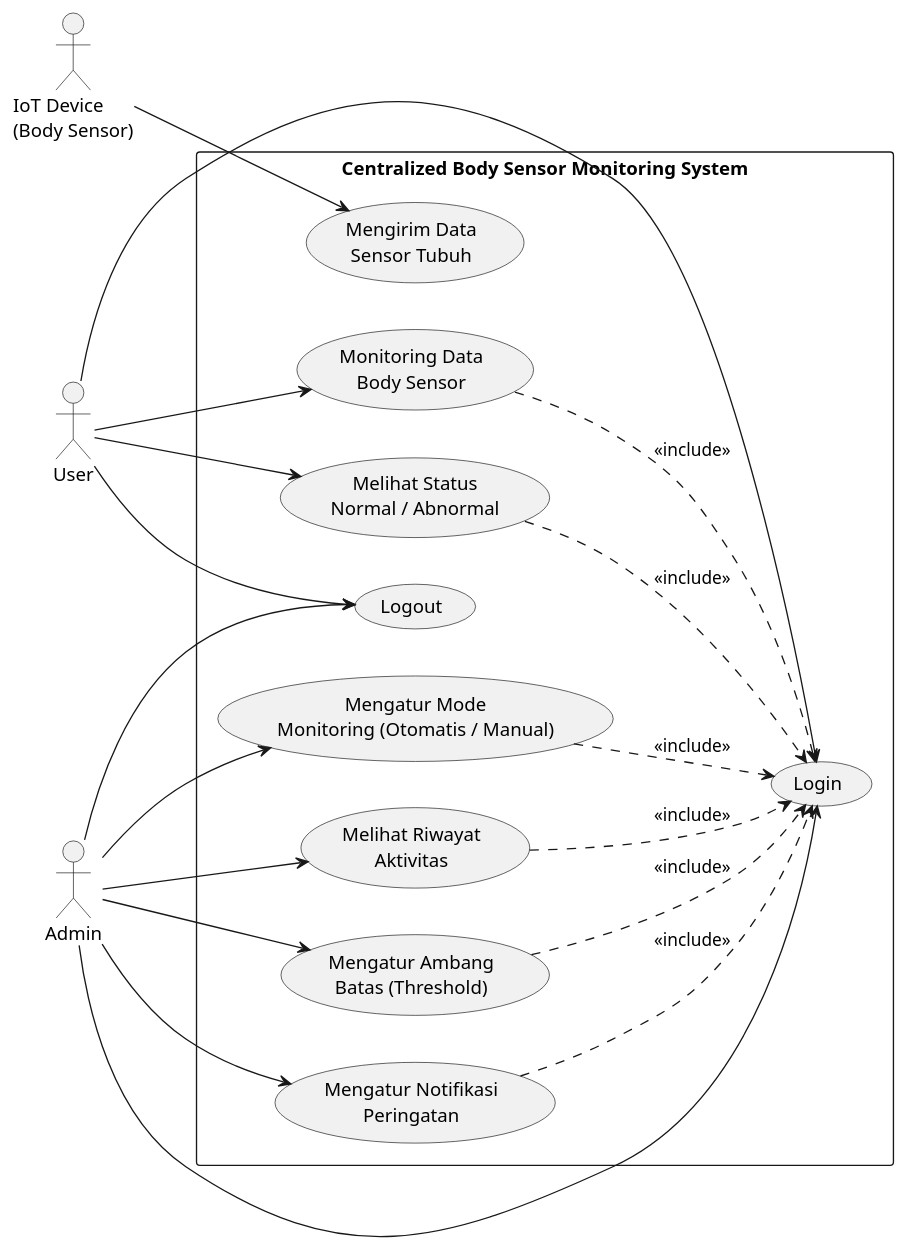
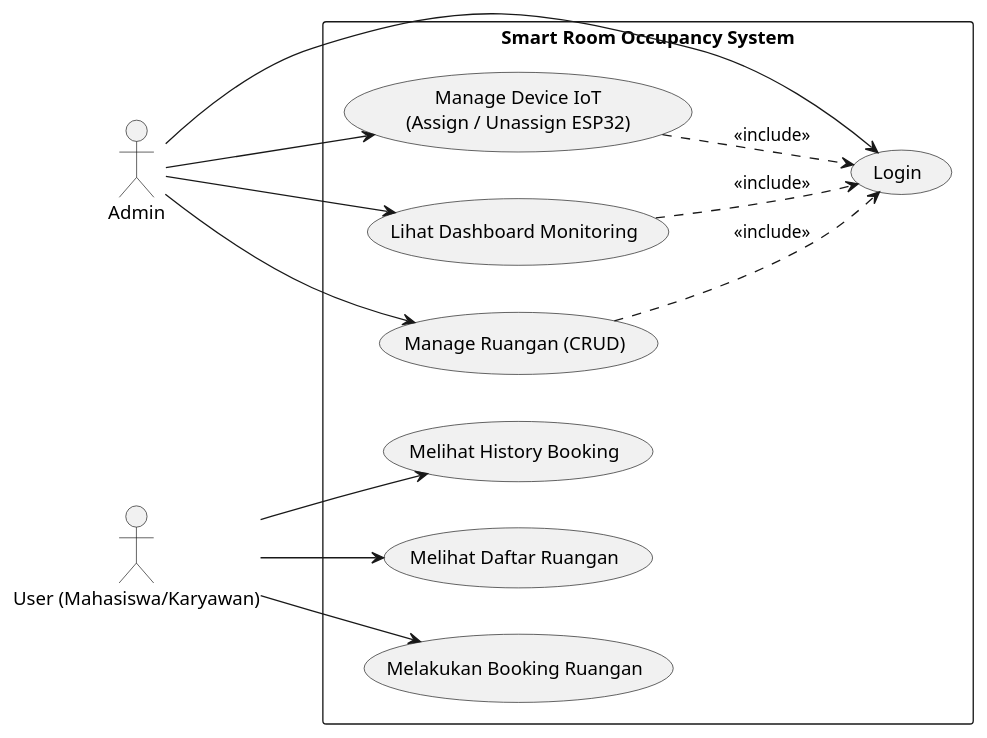
The diagram in diagram/UseCase_Diagram.puml (E-PPAW-TI503P-2025/PROJECT_KEL1_BODYSENSOR), drawn with PlantUML before and after one commit.

Commit message:
update usecase

```diff
--- a/diagram/UseCase_Diagram.puml
+++ b/diagram/UseCase_Diagram.puml
@@ -1,51 +1,35 @@
 @startuml
 left to right direction
-skinparam packageStyle rectangle
-skinparam shadowing false
 
 actor Admin
-actor User
-actor "IoT Device\n(Body Sensor)" as Device
+actor "User (Mahasiswa/Karyawan)" as User
 
-rectangle "Centralized Body Sensor Monitoring System" {
+rectangle "Smart Room Occupancy System" {
 
   usecase "Login" as UC_Login
-  usecase "Logout" as UC_Logout
 
-  usecase "Melihat Riwayat\nAktivitas" as UC_History
-  usecase "Monitoring Data\nBody Sensor" as UC_Monitor
-  usecase "Melihat Status\nNormal / Abnormal" as UC_Status
+  usecase "Manage Ruangan (CRUD)" as UC_ManageRoom
+  usecase "Manage Device IoT\n(Assign / Unassign ESP32)" as UC_ManageDevice
+  usecase "Lihat Dashboard Monitoring" as UC_Dashboard
 
-  usecase "Mengatur Mode\nMonitoring (Otomatis / Manual)" as UC_Mode
-  usecase "Mengatur Ambang\nBatas (Threshold)" as UC_Threshold
-  usecase "Mengatur Notifikasi\nPeringatan" as UC_Notify
-
-  usecase "Mengirim Data\nSensor Tubuh" as UC_Send
+  usecase "Melihat Daftar Ruangan" as UC_ViewRoom
+  usecase "Melakukan Booking Ruangan" as UC_Booking
+  usecase "Melihat History Booking" as UC_History
 }
 
-'==== Relasi Admin ====
-Admin --> UC_History
-Admin --> UC_Mode
-Admin --> UC_Threshold
-Admin --> UC_Notify
-Admin --> UC_Logout
+' Admin relations
 Admin --> UC_Login
+Admin --> UC_ManageRoom
+Admin --> UC_ManageDevice
+Admin --> UC_Dashboard
 
-'==== Relasi User ====
-User --> UC_Monitor
-User --> UC_Status
-User --> UC_Logout
-User --> UC_Login
+' User relations
+User --> UC_ViewRoom
+User --> UC_Booking
+User --> UC_History
 
-'==== Relasi Device ====
-Device --> UC_Send
-
-'==== Include Login (biar mirip diagram kamu) ====
-UC_History ..> UC_Login : <<include>>
-UC_Mode ..> UC_Login : <<include>>
-UC_Threshold ..> UC_Login : <<include>>
-UC_Notify ..> UC_Login : <<include>>
-UC_Monitor ..> UC_Login : <<include>>
-UC_Status ..> UC_Login : <<include>>
-
+' Include relations
+UC_ManageRoom ..> UC_Login : <<include>>
+UC_ManageDevice ..> UC_Login : <<include>>
+UC_Dashboard ..> UC_Login : <<include>>
 @enduml
```
